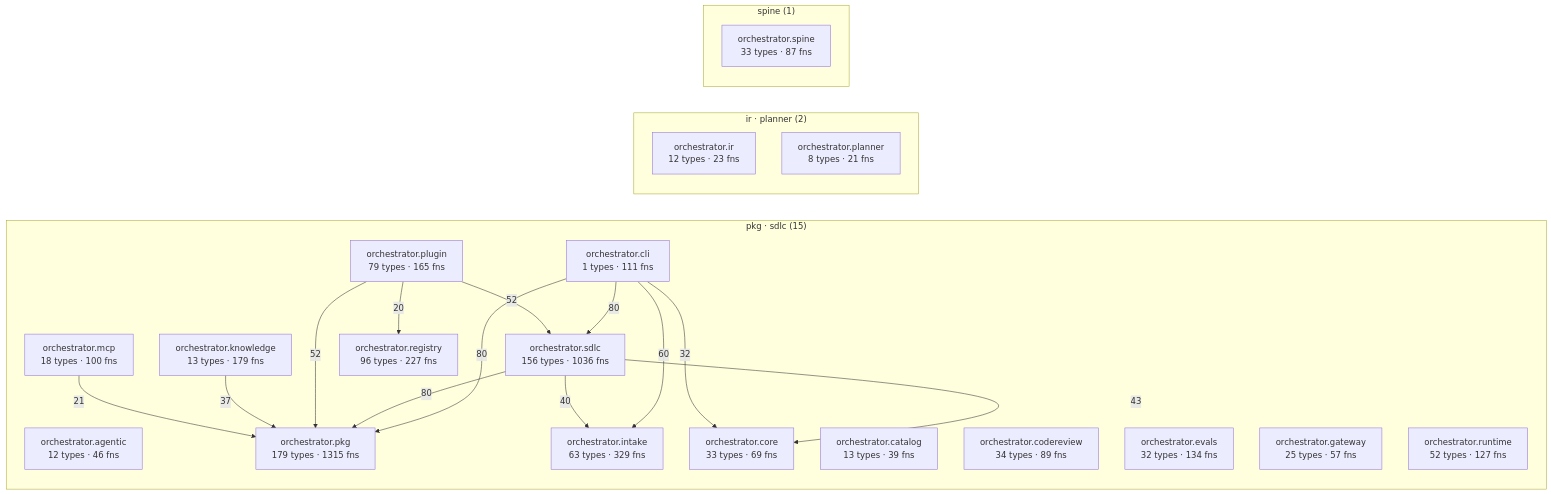
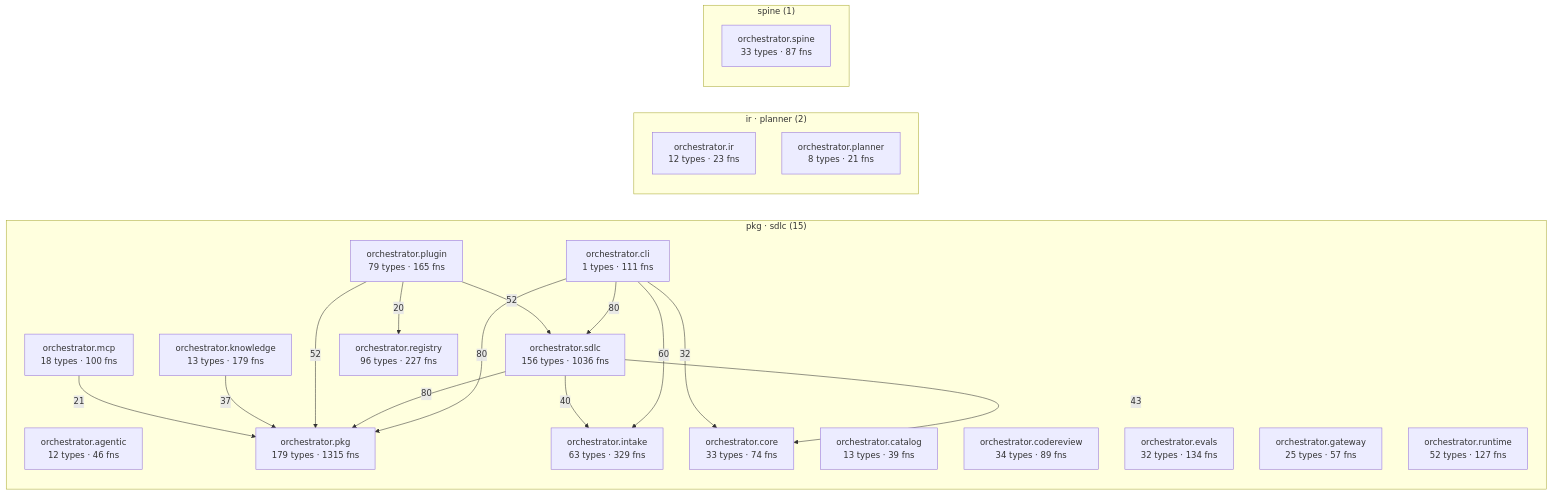
The diagram in episteme/architecture.md (synaptixs/spine), drawn with Mermaid before and after one commit. The commit also changed other lines of this file and 15 other files, not shown here.

````diff
--- a/episteme/architecture.md
+++ b/episteme/architecture.md
@@ -56,39 +56,39 @@
 ```mermaid
 flowchart LR
   subgraph c_2["pkg · sdlc (15)"]
     aorchestratoragentic["orchestrator.agentic<br/>12 types · 46 fns"]
     aorchestratorcatalog["orchestrator.catalog<br/>13 types · 39 fns"]
     aorchestratorcli["orchestrator.cli<br/>1 types · 111 fns"]
     aorchestratorcodereview["orchestrator.codereview<br/>34 types · 89 fns"]
-    aorchestratorcore["orchestrator.core<br/>33 types · 69 fns"]
+    aorchestratorcore["orchestrator.core<br/>33 types · 74 fns"]
     aorchestratorevals["orchestrator.evals<br/>32 types · 134 fns"]
     aorchestratorgateway["orchestrator.gateway<br/>25 types · 57 fns"]
     aorchestratorintake["orchestrator.intake<br/>63 types · 329 fns"]
     aorchestratorknowledge["orchestrator.knowledge<br/>13 types · 179 fns"]
     aorchestratormcp["orchestrator.mcp<br/>18 types · 100 fns"]
     aorchestratorpkg["orchestrator.pkg<br/>179 types · 1315 fns"]
     aorchestratorplugin["orchestrator.plugin<br/>79 types · 165 fns"]
     aorchestratorregistry["orchestrator.registry<br/>96 types · 227 fns"]
     aorchestratorruntime["orchestrator.runtime<br/>52 types · 127 fns"]
     aorchestratorsdlc["orchestrator.sdlc<br/>156 types · 1036 fns"]
   end
   subgraph c_5["ir · planner (2)"]
     aorchestratorir["orchestrator.ir<br/>12 types · 23 fns"]
     aorchestratorplanner["orchestrator.planner<br/>8 types · 21 fns"]
   end
   subgraph c_10["spine (1)"]
     aorchestratorspine["orchestrator.spine<br/>33 types · 87 fns"]
   end
   aorchestratorcli -->|80| aorchestratorpkg
   aorchestratorcli -->|80| aorchestratorsdlc
   aorchestratorsdlc -->|80| aorchestratorpkg
   aorchestratorcli -->|60| aorchestratorintake
   aorchestratorplugin -->|52| aorchestratorpkg
   aorchestratorplugin -->|52| aorchestratorsdlc
   aorchestratorsdlc -->|43| aorchestratorcore
   aorchestratorsdlc -->|40| aorchestratorintake
   aorchestratorknowledge -->|37| aorchestratorpkg
   aorchestratorcli -->|32| aorchestratorcore
   aorchestratormcp -->|21| aorchestratorpkg
   aorchestratorplugin -->|20| aorchestratorregistry
 ```
````
